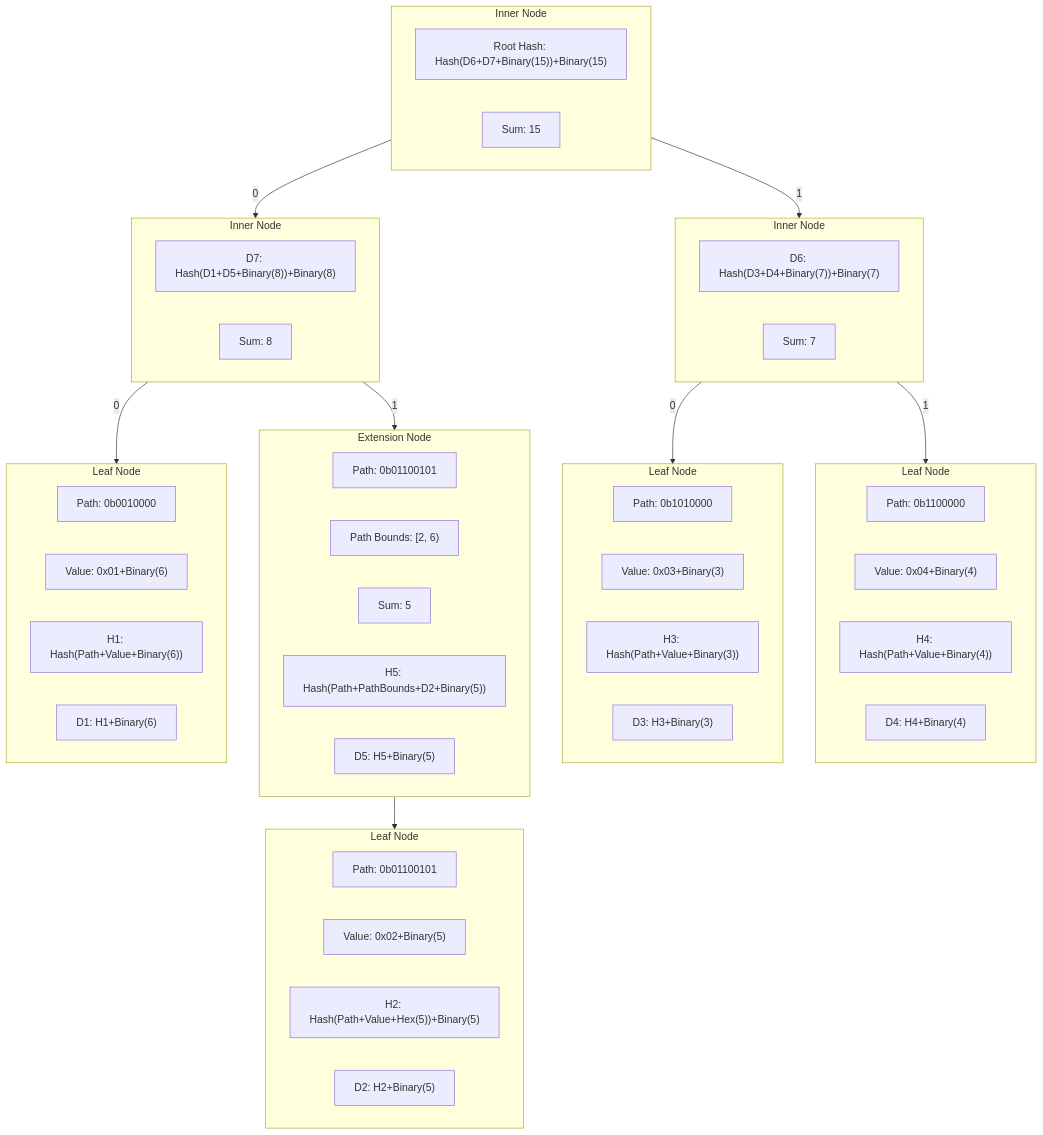
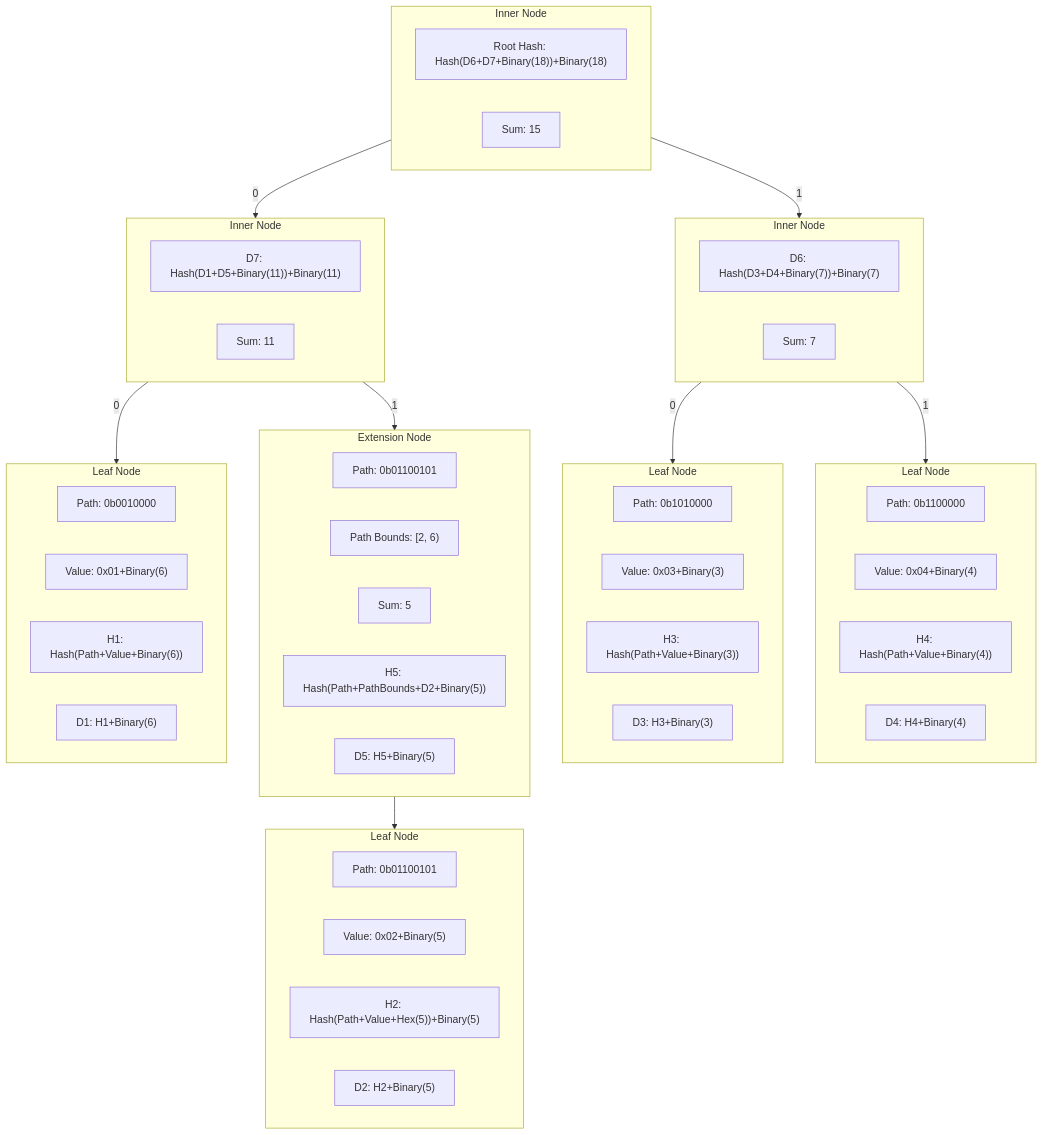
One commit to pokt-network/smt changed the third of 3 diagrams in MerkleSumTree.md. Above: the diagram before and after it, drawn with Mermaid. The commit also changed other lines of this file, not shown here.

Commit message:
Fix diagram sum

````diff
--- a/MerkleSumTree.md
+++ b/MerkleSumTree.md
@@ -147,53 +147,53 @@
 ```mermaid
 graph TB
 	subgraph RI[Inner Node]
-		RIA["Root Hash: Hash(D6+D7+Binary(15))+Binary(15)"]
+		RIA["Root Hash: Hash(D6+D7+Binary(18))+Binary(18)"]
         RIB[Sum: 15]
 	end
 	subgraph I1[Inner Node]
-		I1A["D7: Hash(D1+D5+Binary(8))+Binary(8)"]
-        I1B[Sum: 8]
+		I1A["D7: Hash(D1+D5+Binary(11))+Binary(11)"]
+        I1B[Sum: 11]
 	end
 	subgraph I2[Inner Node]
 		I2A["D6: Hash(D3+D4+Binary(7))+Binary(7)"]
         I2B[Sum: 7]
 	end
 	subgraph L1[Leaf Node]
 		L1A[Path: 0b0010000]
 		L1B["Value: 0x01+Binary(6)"]
         L1C["H1: Hash(Path+Value+Binary(6))"]
         L1D["D1: H1+Binary(6)"]
 	end
 	subgraph L3[Leaf Node]
 		L3A[Path: 0b1010000]
 		L3B["Value: 0x03+Binary(3)"]
         L3C["H3: Hash(Path+Value+Binary(3))"]
         L3D["D3: H3+Binary(3)"]
 	end
 	subgraph L4[Leaf Node]
 		L4A[Path: 0b1100000]
 		L4B["Value: 0x04+Binary(4)"]
         L4C["H4: Hash(Path+Value+Binary(4))"]
         L4D["D4: H4+Binary(4)"]
 	end
 	subgraph E1[Extension Node]
 		E1A[Path: 0b01100101]
 		E1B["Path Bounds: [2, 6)"]
         E1C[Sum: 5]
         E1D["H5: Hash(Path+PathBounds+D2+Binary(5))"]
         E1E["D5: H5+Binary(5)"]
 	end
 	subgraph L2[Leaf Node]
 		L2A[Path: 0b01100101]
 		L2B["Value: 0x02+Binary(5)"]
         L2C["H2: Hash(Path+Value+Hex(5))+Binary(5)"]
         L2D["D2: H2+Binary(5)"]
 	end
 	RI -->|0| I1
 	RI -->|1| I2
 	I1 -->|0| L1
 	I1 -->|1| E1
 	E1 --> L2
 	I2 -->|0| L3
 	I2 -->|1| L4
 ```
````
